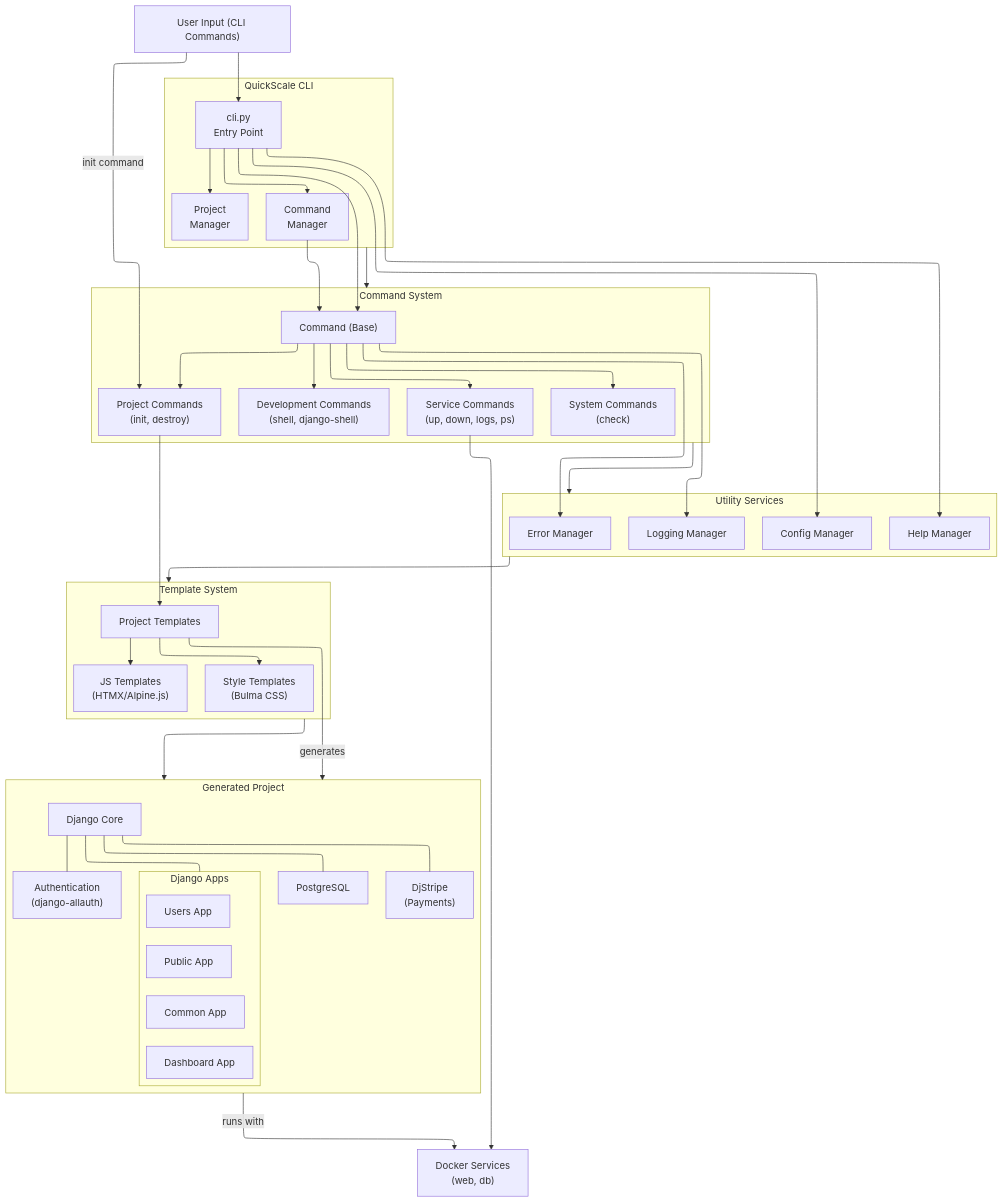
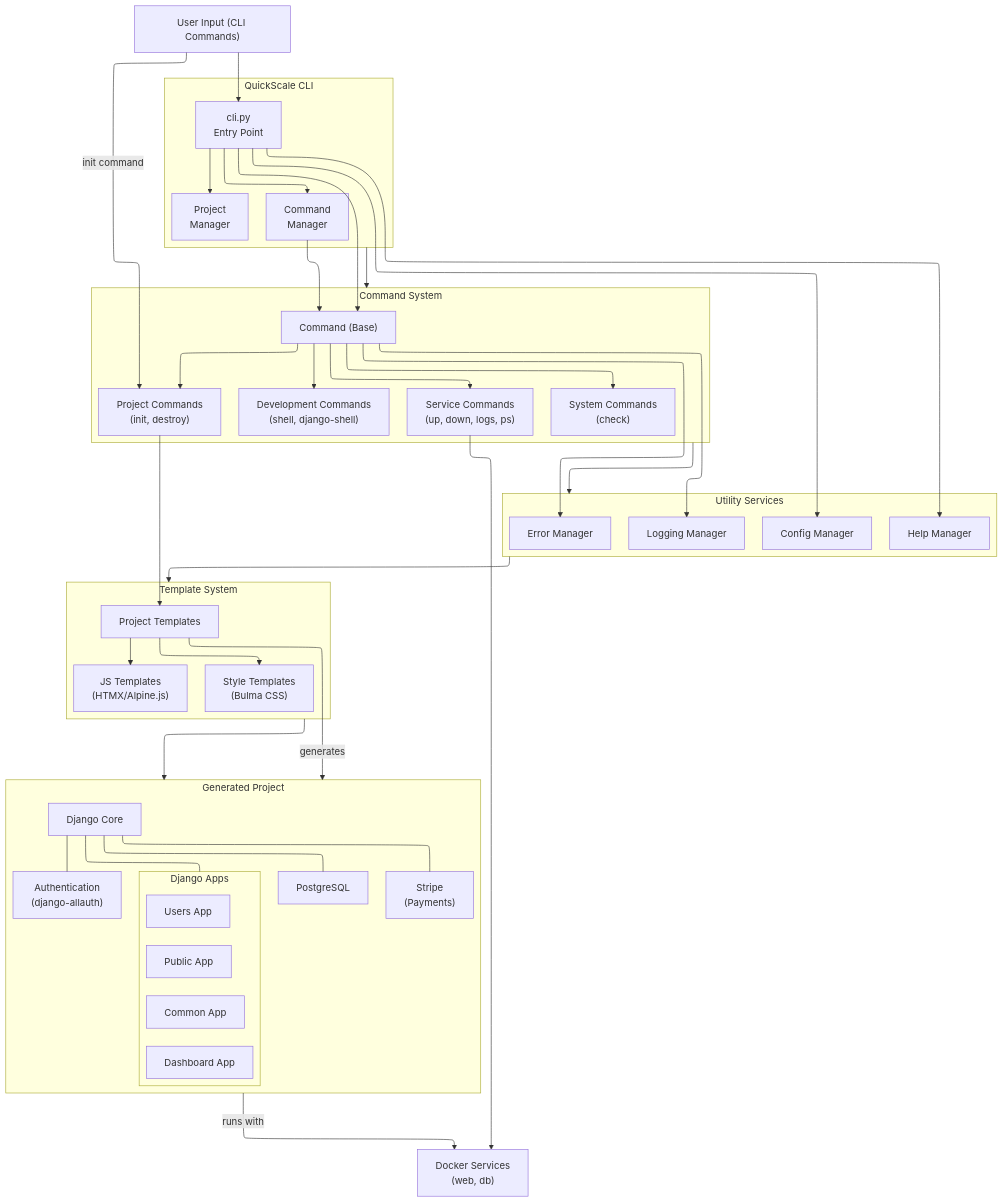
Before and after one commit to Experto-AI/quickscale: the first of 7 diagrams in TECHNICAL_DOCS.md, drawn with Mermaid. The commit also changed other lines of this file and 105 other files, not shown here.

````diff
--- a/TECHNICAL_DOCS.md
+++ b/TECHNICAL_DOCS.md
@@ -121,64 +120,64 @@
 ```mermaid
 ---
 config:
   layout: elk
 ---
 flowchart TD
  subgraph CLI["QuickScale CLI"]
     direction TB
         command_manager["Command<br>Manager"]
         cli["cli.py<br>Entry Point"]
         project_manager["Project<br>Manager"]
   end
  subgraph Commands["Command System"]
     direction TB
         command_base["Command (Base)"]
         project_commands["Project Commands<br>(init, destroy)"]
         service_commands["Service Commands<br>(up, down, logs, ps)"]
         dev_commands["Development Commands<br>(shell, django-shell)"]
         system_commands["System Commands<br>(check)"]
   end
  subgraph Utilities["Utility Services"]
     direction TB
         error_manager["Error Manager"]
         logging_manager["Logging Manager"]
         help_manager["Help Manager"]
         config_manager["Config Manager"]
   end
  subgraph Templates["Template System"]
     direction TB
         templates["Project Templates"]
         style_templates["Style Templates<br>(Bulma CSS)"]
         js_templates["JS Templates<br>(HTMX/Alpine.js)"]
   end
  subgraph Apps["Django Apps"]
     direction TB
         public_app["Public App"]
         users_app["Users App"]
         dashboard_app["Dashboard App"]
         common_app["Common App"]
   end
  subgraph Generated["Generated Project"]
     direction TB
         django_core["Django Core"]
         database["PostgreSQL"]
         auth["Authentication<br>(django-allauth)"]
-        djstripe["DjStripe<br>(Payments)"]
+        stripe_manager["Stripe<br>(Payments)"]
         Apps
   end
     user_input["User Input (CLI Commands)"] --> cli
     cli --> command_manager & project_manager & command_base & help_manager & config_manager
     user_input -- init command --> project_commands
     command_manager --> command_base
     command_base --> project_commands & service_commands & dev_commands & system_commands & error_manager & logging_manager
     templates --> style_templates & js_templates
     project_commands --> templates
-    django_core --- database & auth & djstripe & Apps
+    django_core --- database & auth & stripe_manager & Apps
     templates -- generates --> Generated
     Generated -- runs with --> docker["Docker Services<br>(web, db)"]
     service_commands --> docker
     CLI --> Commands
     Commands --> Utilities
     Utilities --> Templates
     Templates --> Generated
 ```
````
